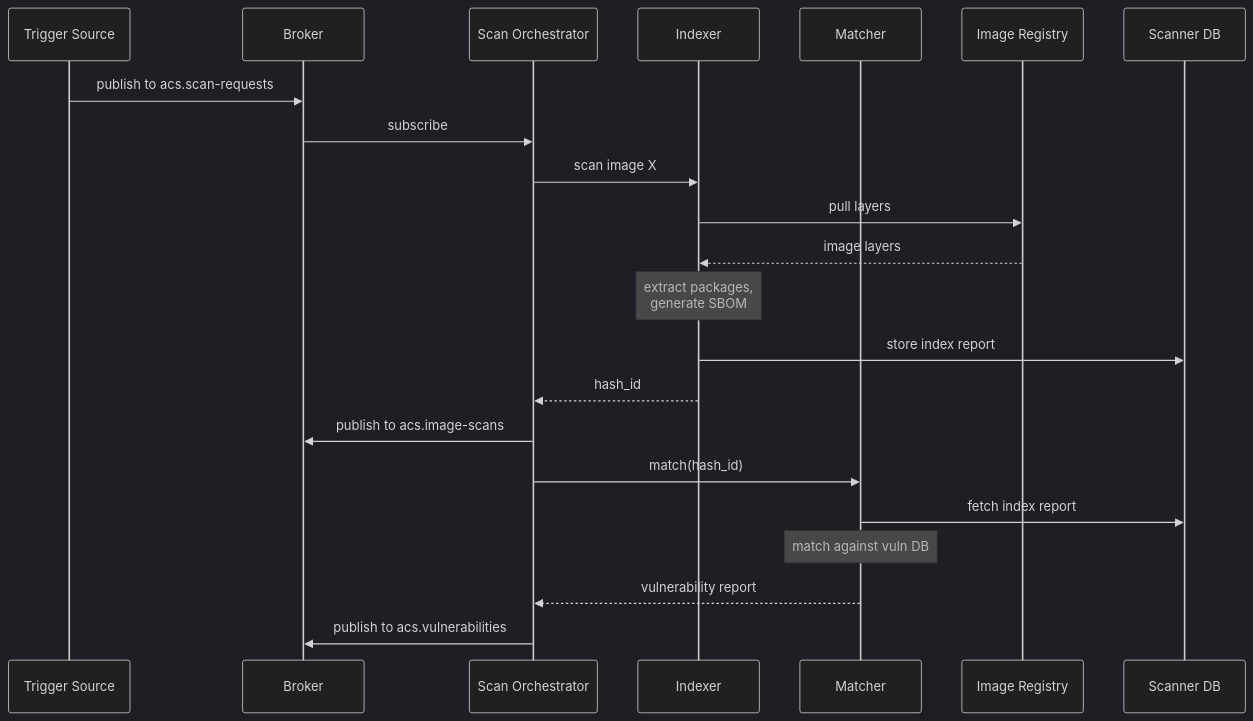
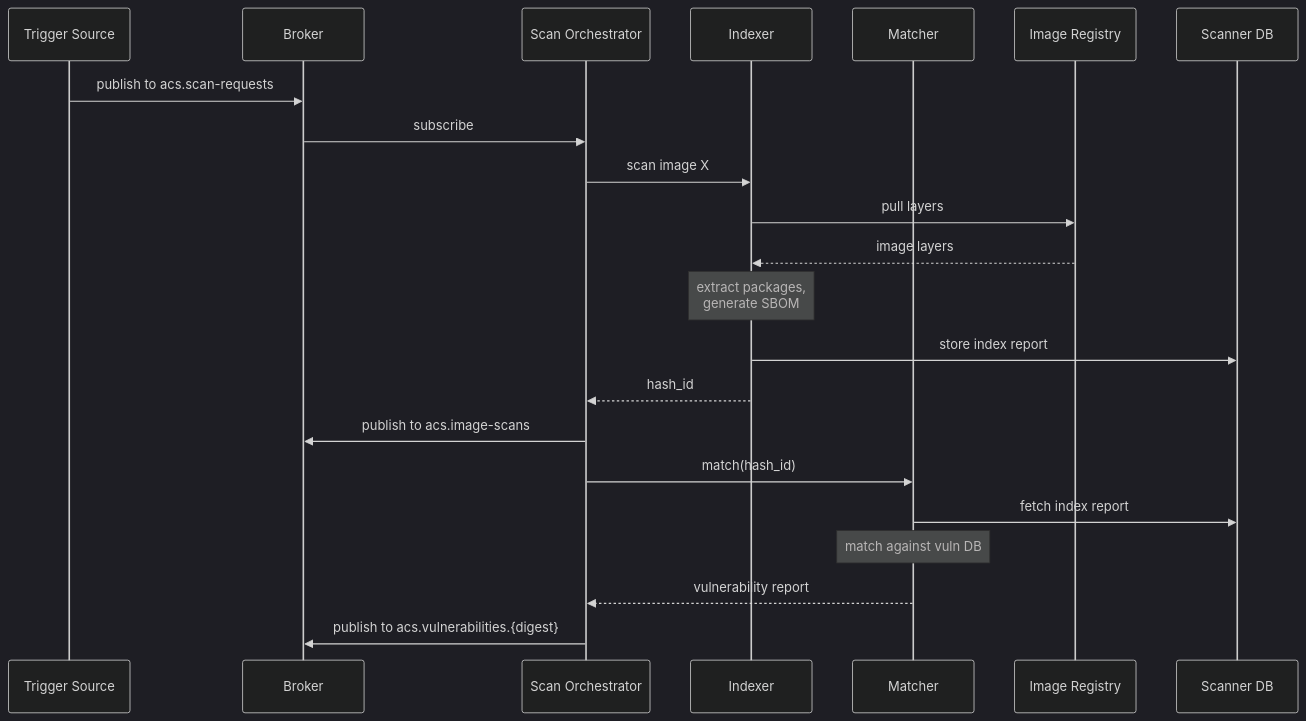
The first of 4 diagrams in docs/architecture/components/scanner.md (kylape/acs-next), drawn with Mermaid (dark theme) before and after one commit. The commit also changed other lines of this file and 1 other file, not shown here.

````diff
--- a/docs/architecture/components/scanner.md
+++ b/docs/architecture/components/scanner.md
@@ -32,25 +32,25 @@
 ```mermaid
 sequenceDiagram
     participant Source as Trigger Source
     participant Broker
     participant Orch as Scan Orchestrator
     participant Indexer
     participant Matcher
     participant Registry as Image Registry
     participant DB as Scanner DB
 
     Source->>Broker: publish to acs.scan-requests
     Broker->>Orch: subscribe
     Orch->>Indexer: scan image X
     Indexer->>Registry: pull layers
     Registry-->>Indexer: image layers
     Note over Indexer: extract packages,<br/>generate SBOM
     Indexer->>DB: store index report
     Indexer-->>Orch: hash_id
     Orch->>Broker: publish to acs.image-scans
     Orch->>Matcher: match(hash_id)
     Matcher->>DB: fetch index report
     Note over Matcher: match against vuln DB
     Matcher-->>Orch: vulnerability report
-    Orch->>Broker: publish to acs.vulnerabilities
+    Orch->>Broker: publish to acs.vulnerabilities.{digest}
 ```
````
